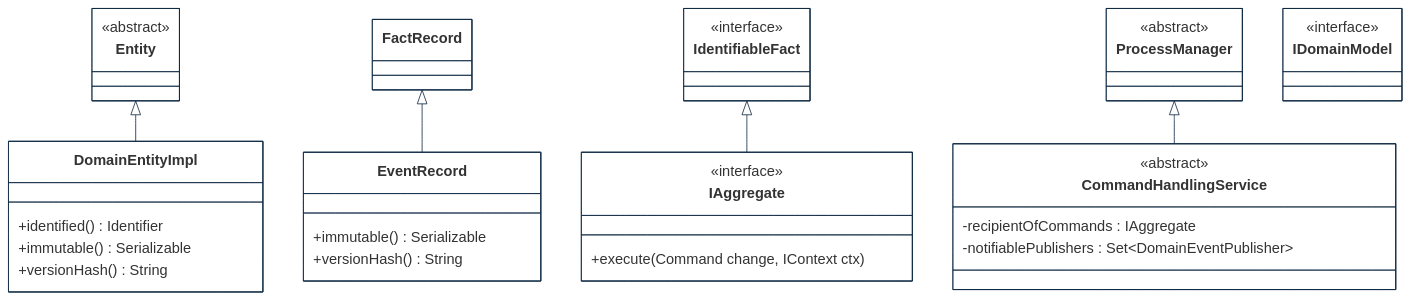
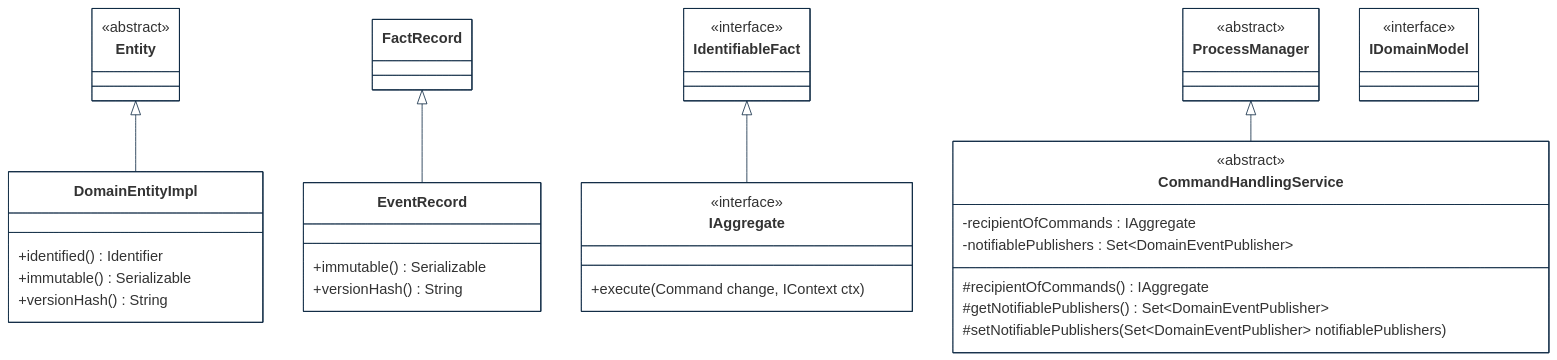
One commit to cybnity/foundation changed the third of 7 diagrams in implementations-line/framework/domain/designview-packages.md. Above: the diagram before and after it, drawn with Mermaid. The commit also changed other lines of this file, not shown here.

````diff
--- a/implementations-line/framework/domain/designview-packages.md
+++ b/implementations-line/framework/domain/designview-packages.md
@@ -104,56 +107,59 @@
 ```mermaid
 %%{
   init: {
     'theme': 'base',
     'themeVariables': {
         'background': '#ffffff',
         'fontFamily': 'arial',
         'fontSize': '18px',
         'primaryColor': '#fff',
         'primaryBorderColor': '#0e2a43',
         'secondaryBorderColor': '#0e2a43',
         'tertiaryBorderColor': '#0e2a43',
         'edgeLabelBackground':'#0e2a43',
         'lineColor': '#0e2a43',
         'tertiaryColor': '#fff'
     }
   }
 }%%
 classDiagram
     Entity <|-- DomainEntityImpl
     FactRecord <|-- EventRecord
     IdentifiableFact <|-- IAggregate
     ProcessManager <|-- CommandHandlingService
 
     class CommandHandlingService {
         <<abstract>>
         -recipientOfCommands : IAggregate
         -notifiablePublishers : Set~DomainEventPublisher~
+        #recipientOfCommands() IAggregate
+        #getNotifiablePublishers() Set~DomainEventPublisher~
+        #setNotifiablePublishers(Set~DomainEventPublisher~ notifiablePublishers)
     }
     class ProcessManager {
         <<abstract>>
     }
     class IdentifiableFact {
         <<interface>>
     }
     class IAggregate {
         <<interface>>
         +execute(Command change, IContext ctx)
     }
     class Entity {
         <<abstract>>
     }
     class DomainEntityImpl {
         +identified() Identifier
         +immutable() Serializable
         +versionHash() String
     }
     class EventRecord {
         +immutable() Serializable
         +versionHash() String
     }
     class IDomainModel {
         <<interface>>
     }
 
 ```
````
